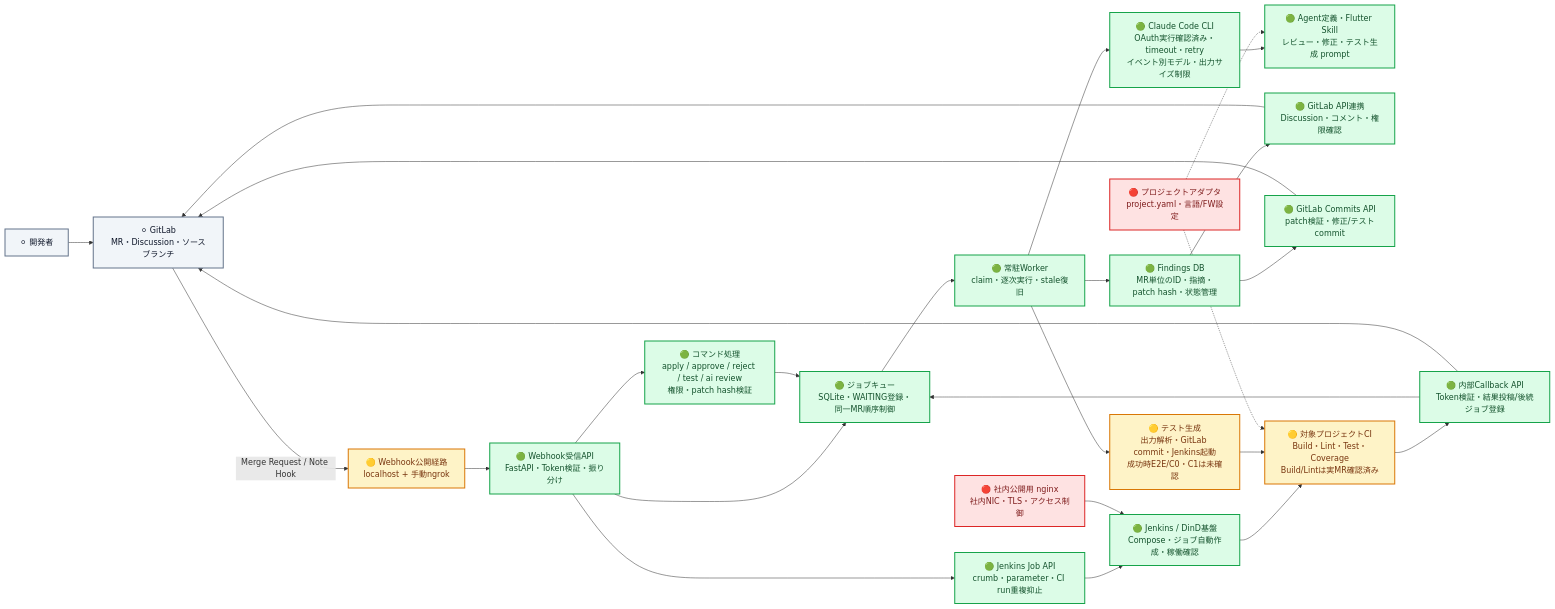
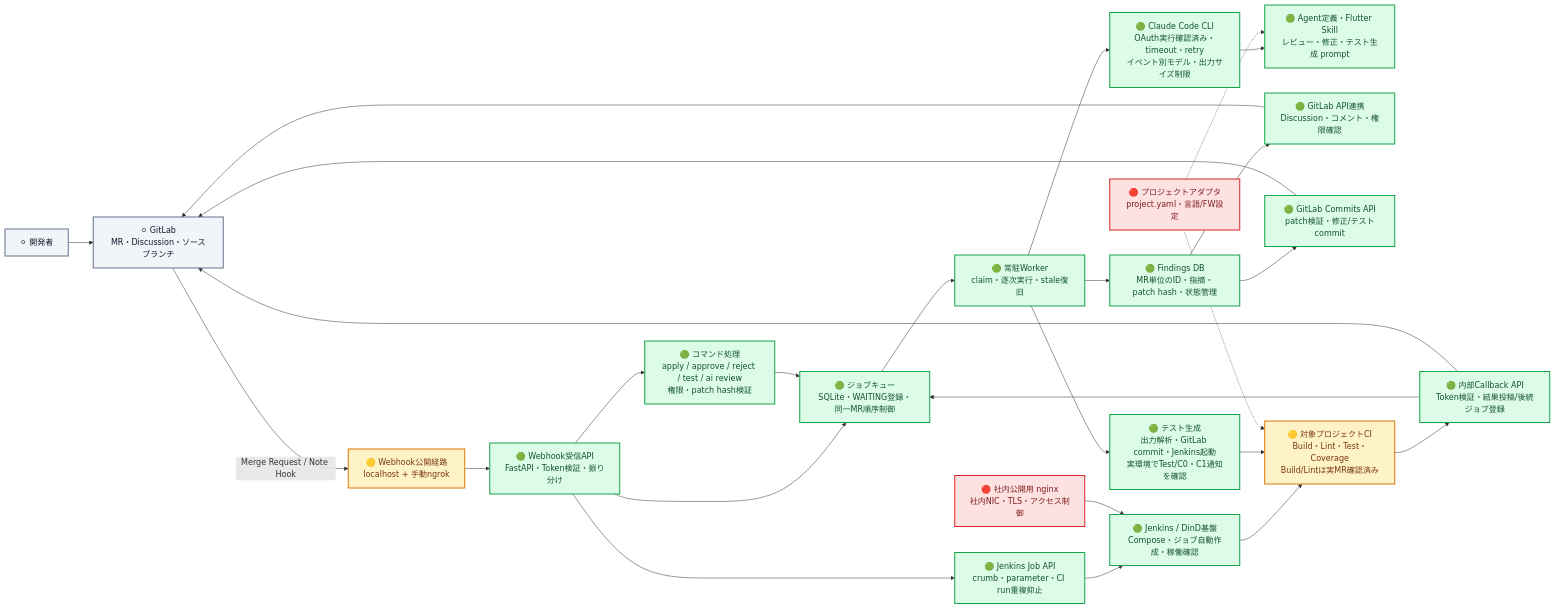
Before and after one commit to yugoueda/AI_Jenkins: the first of 2 diagrams in Doc/進捗_コンポーネント関係図.md, drawn with Mermaid. The commit also changed other lines of this file and 6 other files, not shown here.

````diff
--- a/Doc/進捗_コンポーネント関係図.md
+++ b/Doc/進捗_コンポーネント関係図.md
@@ -15,44 +15,45 @@
 ```mermaid
 flowchart LR
     User["⚪ 開発者"] --> GL["⚪ GitLab<br/>MR・Discussion・ソースブランチ"]
 
     GL -- "Merge Request / Note Hook" --> PUB["🟡 Webhook公開経路<br/>localhost + 手動ngrok"]
     PUB --> WH["🟢 Webhook受信API<br/>FastAPI・Token検証・振り分け"]
     WH --> CMD["🟢 コマンド処理<br/>apply / approve / reject / test / ai review<br/>権限・patch hash検証"]
     WH --> Q["🟢 ジョブキュー<br/>SQLite・WAITING登録・同一MR順序制御"]
     CMD --> Q
 
     Q --> WORKER["🟢 常駐Worker<br/>claim・逐次実行・stale復旧"]
     WORKER --> CLI["🟢 Claude Code CLI<br/>OAuth実行確認済み・timeout・retry<br/>イベント別モデル・出力サイズ制限"]
     CLI --> PROMPT["🟢 Agent定義・Flutter Skill<br/>レビュー・修正・テスト生成 prompt"]
 
     WORKER --> FIND["🟢 Findings DB<br/>MR単位のID・指摘・patch hash・状態管理"]
-    WORKER --> TESTGEN["🟡 テスト生成<br/>出力解析・GitLab commit・Jenkins起動<br/>成功時E2E/C0・C1は未確認"]
+    WORKER --> TESTGEN["🟢 テスト生成<br/>出力解析・GitLab commit・Jenkins起動<br/>実環境でTest/C0・C1通知を確認"]
 
     FIND --> GLAPI["🟢 GitLab API連携<br/>Discussion・コメント・権限確認"]
     GLAPI --> GL
     FIND --> GIT["🟢 GitLab Commits API<br/>patch検証・修正/テストcommit"]
     GIT --> GL
 
     WH --> JTRIGGER["🟢 Jenkins Job API<br/>crumb・parameter・CI run重複抑止"]
     JTRIGGER --> JENKINS["🟢 Jenkins / DinD基盤<br/>Compose・ジョブ自動作成・稼働確認"]
     JENKINS --> PIPE["🟡 対象プロジェクトCI<br/>Build・Lint・Test・Coverage<br/>Build/Lintは実MR確認済み"]
     PIPE --> JCALLBACK["🟢 内部Callback API<br/>Token検証・結果投稿/後続ジョブ登録"]
     JCALLBACK --> Q
     JCALLBACK --> GL
     TESTGEN --> PIPE
 
     NGINX["🔴 社内公開用 nginx<br/>社内NIC・TLS・アクセス制御"] --> JENKINS
     ADAPTER["🔴 プロジェクトアダプタ<br/>project.yaml・言語/FW設定"] -.-> PROMPT
     ADAPTER -.-> PIPE
 
     classDef external fill:#f1f5f9,stroke:#64748b,color:#0f172a,stroke-width:2px;
     classDef done fill:#dcfce7,stroke:#16a34a,color:#14532d,stroke-width:2px;
     classDef partial fill:#fef3c7,stroke:#d97706,color:#78350f,stroke-width:2px;
     classDef missing fill:#fee2e2,stroke:#dc2626,color:#7f1d1d,stroke-width:2px;
 
     class User,GL external;
     class WH,CMD,Q,WORKER,CLI,PROMPT,FIND,GLAPI,GIT,JTRIGGER,JENKINS,JCALLBACK done;
-    class PUB,TESTGEN,PIPE partial;
+    class TESTGEN done;
+    class PUB,PIPE partial;
     class NGINX,ADAPTER missing;
 ```
````
